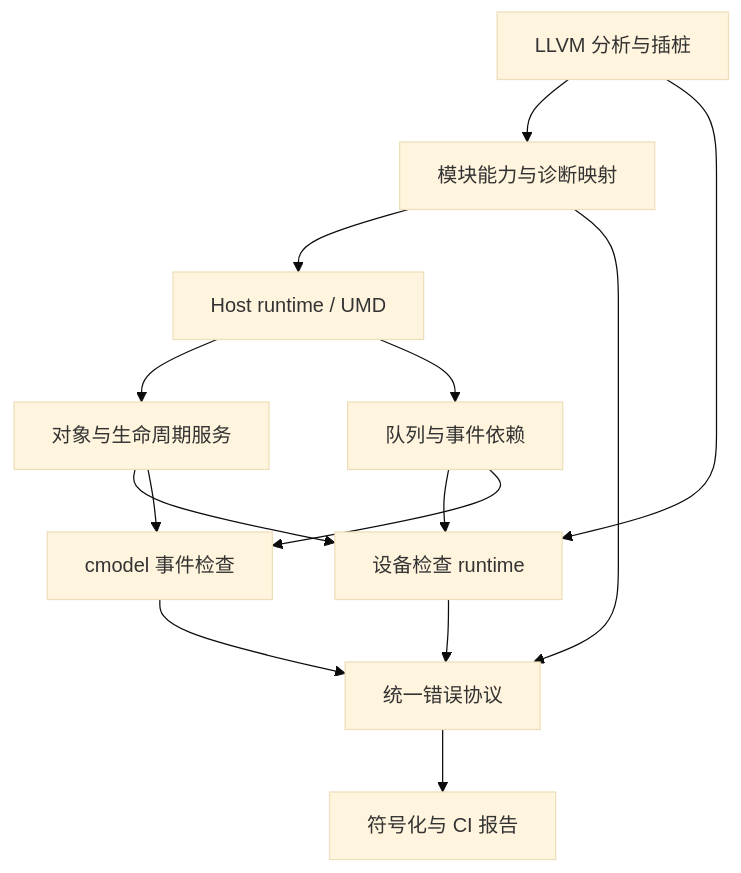
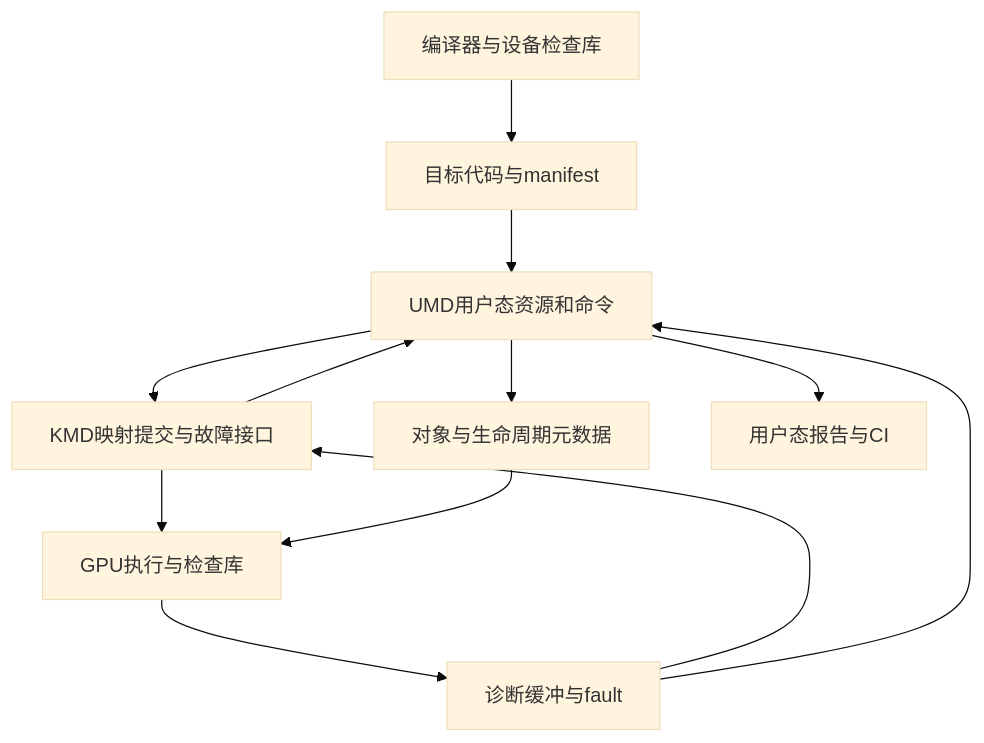
Before and after one commit to lazyxu/sanitizer: the first of 2 diagrams in docs/llvm-gpu-sanitizer-research.md, drawn with Mermaid (base theme). The commit also changed other lines of this file and 5 other files, not shown here.

First line of the commit message:
docs: expand compiler KMD UMD and cmodel QEMU support analysis

```diff
--- a/docs/llvm-gpu-sanitizer-research.md
+++ b/docs/llvm-gpu-sanitizer-research.md
@@ -554,16 +629,14 @@
 ~~~mermaid
 flowchart TD
-    C["LLVM 分析与插桩"] --> M["模块能力与诊断映射"]
-    M --> U["Host runtime / UMD"]
-    U --> O["对象与生命周期服务"]
-    U --> Q["队列与事件依赖"]
-    O --> D["设备检查 runtime"]
-    Q --> D
-    C --> D
-    O --> S["cmodel 事件检查"]
-    Q --> S
-    D --> R["统一错误协议"]
-    S --> R
-    M --> R
-    R --> T["符号化与 CI 报告"]
+    C["编译器与设备检查库"] --> B["目标代码与manifest"]
+    B --> U["UMD用户态资源和命令"]
+    U --> K["KMD映射提交与故障接口"]
+    K --> G["GPU执行与检查库"]
+    U --> M["对象与生命周期元数据"]
+    M --> G
+    G --> R["诊断缓冲与fault"]
+    R --> K
+    K --> U
+    R --> U
+    U --> T["用户态报告与CI"]
 ~~~
```
